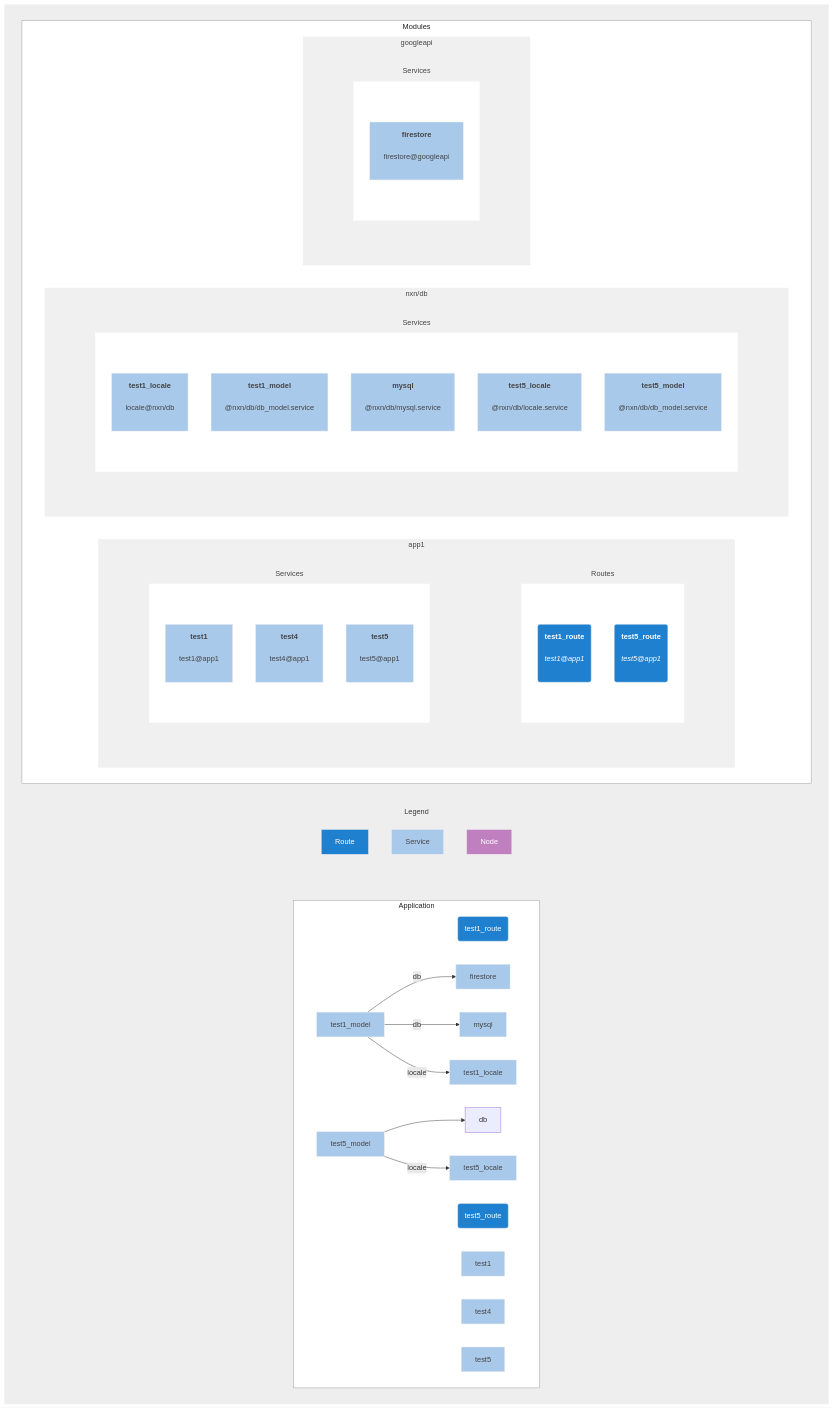
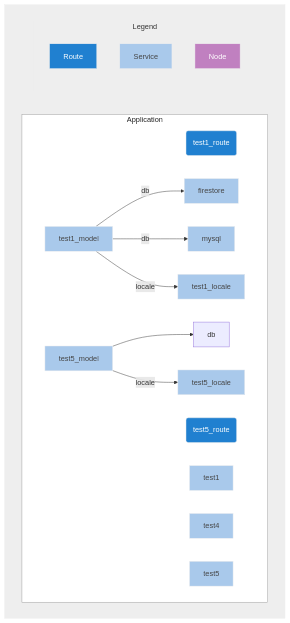
One commit to franck-yvetot/nxn-cli changed the diagram in client_data/default/config_default.README.mmd. Above: the diagram before and after it, drawn with Mermaid. The commit also changed 2 other files, not shown here.

Commit message:
split flow and module doc files

```diff
--- a/client_data/default/config_default.README.mmd
+++ b/client_data/default/config_default.README.mmd
@@ -1,140 +1,41 @@
-graph TB;
+graph LR;
 subgraph main
+    direction LR;
 
-subgraph Application
-    direction LR;
-    classDef nodeCls fill:#eee,stroke:#eee,color:#333
-    classDef routeCls fill:#2080D0,stroke:#eee,color:#fff
-    classDef nodCls fill:#C080C0,stroke:#eee,color:#fff
-    classDef serviceCls fill:#A9C9EB,stroke:#eee,color:#444
+    subgraph Application
+        direction LR;
+        classDef nodeCls fill:#eee,stroke:#eee,color:#333
+        classDef routeCls fill:#2080D0,stroke:#eee,color:#fff
+        classDef nodCls fill:#C080C0,stroke:#eee,color:#fff
+        classDef serviceCls fill:#A9C9EB,stroke:#eee,color:#444
     test1_route("test1_route"):::routeCls
     test5_route("test5_route"):::routeCls
     test1["test1"]:::serviceCls
     test1_locale["test1_locale"]:::serviceCls
     firestore["firestore"]:::serviceCls
     test1_model["test1_model"]:::serviceCls
     test1_model -- db -->firestore;
     test1_model -- db -->mysql;
     test1_model -- locale -->test1_locale;
     mysql["mysql"]:::serviceCls
     test4["test4"]:::serviceCls
     test5_locale["test5_locale"]:::serviceCls
     test5_model["test5_model"]:::serviceCls
     test5_model --> db;
     test5_model -- locale -->test5_locale;
     test5["test5"]:::serviceCls
 end
 
-subgraph Legend
-    Route:::routeCls
-    Service:::serviceCls
-    Node:::nodCls
+    subgraph Legend
+        Route:::routeCls
+        Service:::serviceCls
+        Node:::nodCls
+    end
+
 end
 
-subgraph Modules
-    direction LR;
-    classDef nodeCls fill:#C080C0,stroke:#eee,color:#fff
-    classDef routeCls fill:#2080D0,stroke:#eee,color:#fff
-    classDef nodCls fill:#C080C0,stroke:#eee,color:#fff
-    classDef serviceCls fill:#A9C9EB,stroke:#eee,color:#444
-
-
-subgraph app1
-direction TB;
-
-subgraph app1:routes["Routes"]
-direction LR;
-
-subgraph app1_routes1
-direction TB;
-    test1_route_doc("<b>test1_route</b><br><br><i>test1@app1</i><br><br>"):::routeCls
-
-    test5_route_doc("<b>test5_route</b><br><br><i>test5@app1</i><br><br>"):::routeCls
-
-end
-style app1_routes1 fill:#fff,stroke:#fff,color:#fff
-
-end
-style app1:routes fill:#f0f0f0,stroke:#eee,color:#444
-
-
-subgraph app1:services["Services"]
-direction LR;
-
-subgraph app1_services1
-direction TB;
-    test1_doc["<b>test1</b><br><br>test1@app1<br><br>"]:::serviceCls
-
-    test4_doc["<b>test4</b><br><br>test4@app1<br><br>"]:::serviceCls
-
-    test5_doc["<b>test5</b><br><br>test5@app1<br><br>"]:::serviceCls
-
-end
-style app1_services1 fill:#fff,stroke:#fff,color:#fff
-
-end
-style app1:services fill:#f0f0f0,stroke:#eee,color:#444
-
-end
-style app1 fill:#f0f0f0,stroke:#eee,color:#444
-
-
-
-subgraph nxn/db
-direction TB;
-
-subgraph nxn/db:services["Services"]
-direction LR;
-
-subgraph nxn/db_services1
-direction TB;
-    test1_locale_doc["<b>test1_locale</b><br><br>locale@nxn/db<br><br>"]:::serviceCls
-
-    test1_model_doc["<b>test1_model</b><br><br>@nxn/db/db_model.service<br><br>"]:::serviceCls
-
-    mysql_doc["<b>mysql</b><br><br>@nxn/db/mysql.service<br><br>"]:::serviceCls
-
-    test5_locale_doc["<b>test5_locale</b><br><br>@nxn/db/locale.service<br><br>"]:::serviceCls
-
-    test5_model_doc["<b>test5_model</b><br><br>@nxn/db/db_model.service<br><br>"]:::serviceCls
-
-end
-style nxn/db_services1 fill:#fff,stroke:#fff,color:#fff
-
-end
-style nxn/db:services fill:#f0f0f0,stroke:#eee,color:#444
-
-end
-style nxn/db fill:#f0f0f0,stroke:#eee,color:#444
-
-
-
-subgraph googleapi
-direction TB;
-
-subgraph googleapi:services["Services"]
-direction LR;
-
-subgraph googleapi_services1
-direction TB;
-    firestore_doc["<b>firestore</b><br><br>firestore@googleapi<br><br>"]:::serviceCls
-
-end
-style googleapi_services1 fill:#fff,stroke:#fff,color:#fff
-
-end
-style googleapi:services fill:#f0f0f0,stroke:#eee,color:#444
-
-end
-style googleapi fill:#f0f0f0,stroke:#eee,color:#444
-end
-style Modules fill:#fff,stroke:#999,color:#222
-
-
-
-end
 
 
 style Application fill:#fff,stroke:#999,color:#222
 style Legend fill:#eee,stroke:#eee,color:#333
 style main fill:#eee,stroke:#eee,color:#eee
```
